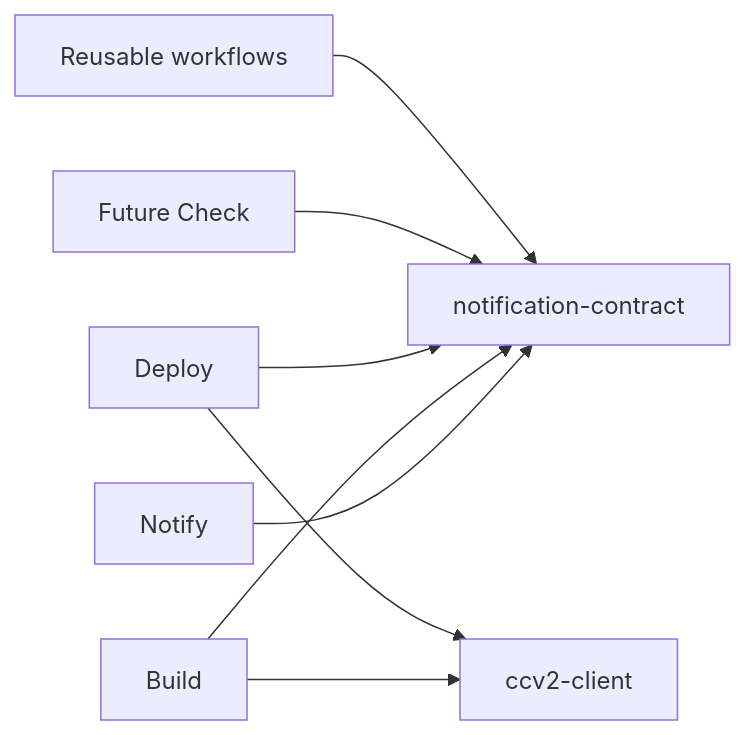
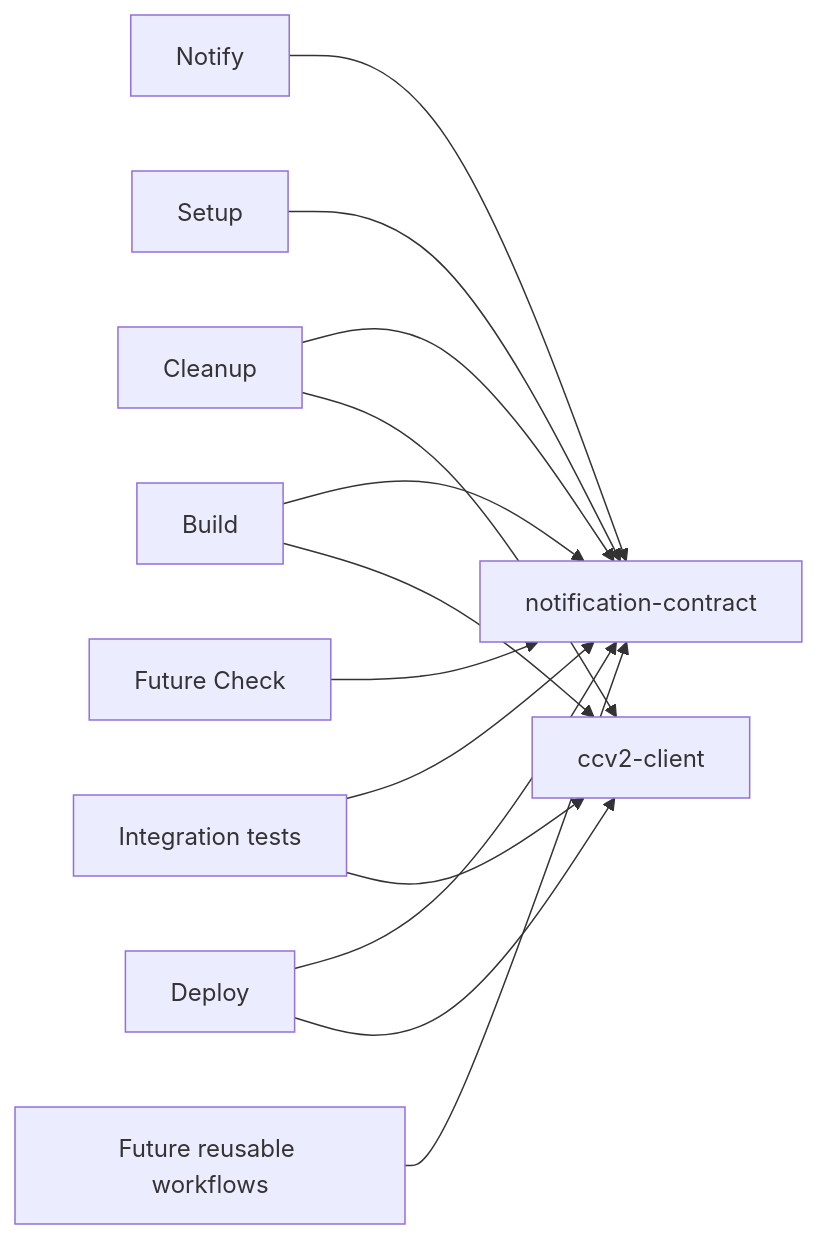
The diagram in README.md (commercekit-tools/action-kit), drawn with Mermaid before and after one commit. The commit also changed other lines of this file and 11 other files, not shown here.

````diff
--- a/README.md
+++ b/README.md
@@ -14,10 +14,15 @@
 ```mermaid
 flowchart LR
   Notify --> Contract[notification-contract]
+  Setup --> Contract
+  Cleanup --> Contract
+  Harness[Integration tests] --> Contract
   Build --> Contract
   Deploy --> Contract
   Check[Future Check] --> Contract
-  Workflows[Reusable workflows] --> Contract
+  Workflows[Future reusable workflows] --> Contract
   Build --> Client[ccv2-client]
   Deploy --> Client
+  Cleanup --> Client
+  Harness --> Client
 ```
````
